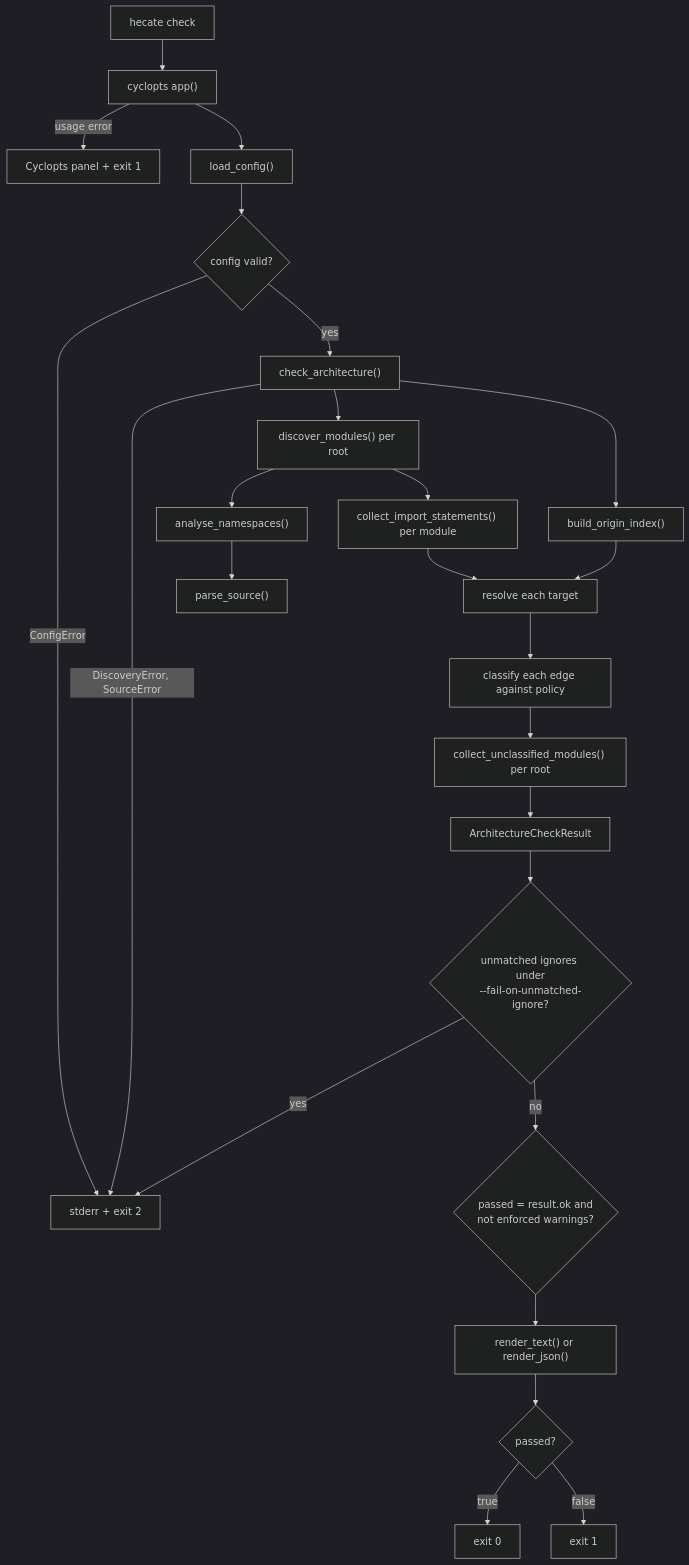
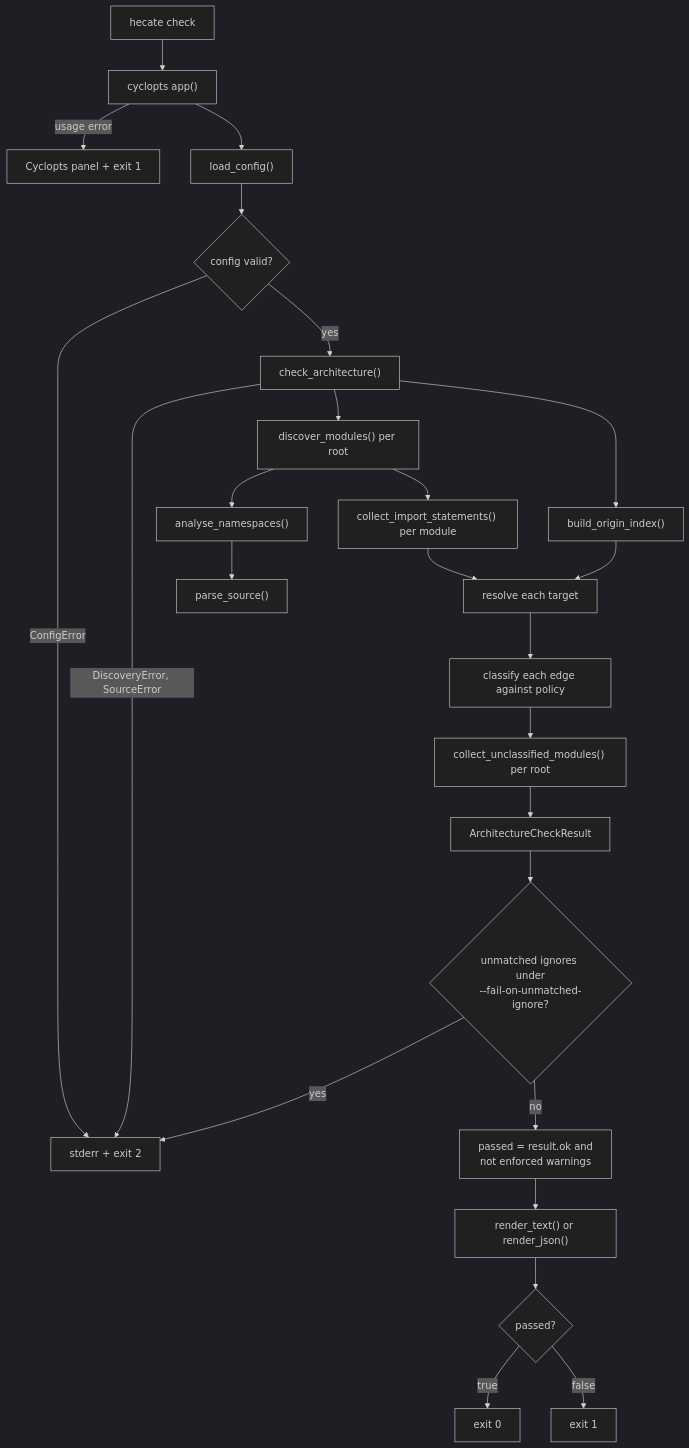
The first of 2 diagrams in docs/developers-guide.md (leynos/hecate), drawn with Mermaid (dark theme) before and after one commit. The commit also changed 2 other files, not shown here.

First paragraph of the commit message:
Document the renderer contract and fix JSON snapshot normalization
The last review round raised three small findings, all valid against the
current tree.

````diff
--- a/docs/developers-guide.md
+++ b/docs/developers-guide.md
@@ -76,27 +76,27 @@
 ```mermaid
 flowchart TD
     A["hecate check"] --> B["cyclopts app()"]
     B -->|"usage error"| ZU["Cyclopts panel + exit 1"]
     B --> C["load_config()"]
     C --> D{"config valid?"}
     D -->|"ConfigError"| Z2["stderr + exit 2"]
     D -->|"yes"| E["check_architecture()"]
     E -->|"DiscoveryError, SourceError"| Z2
     E --> W["discover_modules() per root"]
     W --> F["analyse_namespaces()"]
     F --> G["parse_source()"]
     E --> H["build_origin_index()"]
     W --> I["collect_import_statements() per module"]
     I --> J["resolve each target"]
     H --> J
     J --> K["classify each edge against policy"]
     K --> U["collect_unclassified_modules() per root"]
     U --> L["ArchitectureCheckResult"]
     L --> P{"unmatched ignores under\n--fail-on-unmatched-ignore?"}
     P -->|"yes"| Z2
-    P -->|"no"| O{"passed = result.ok and\nnot enforced warnings?"}
+    P -->|"no"| O["passed = result.ok and\nnot enforced warnings"]
     O --> M["render_text() or render_json()"]
     M --> N{"passed?"}
     N -->|"true"| Z0["exit 0"]
     N -->|"false"| Z1["exit 1"]
 ```
````
